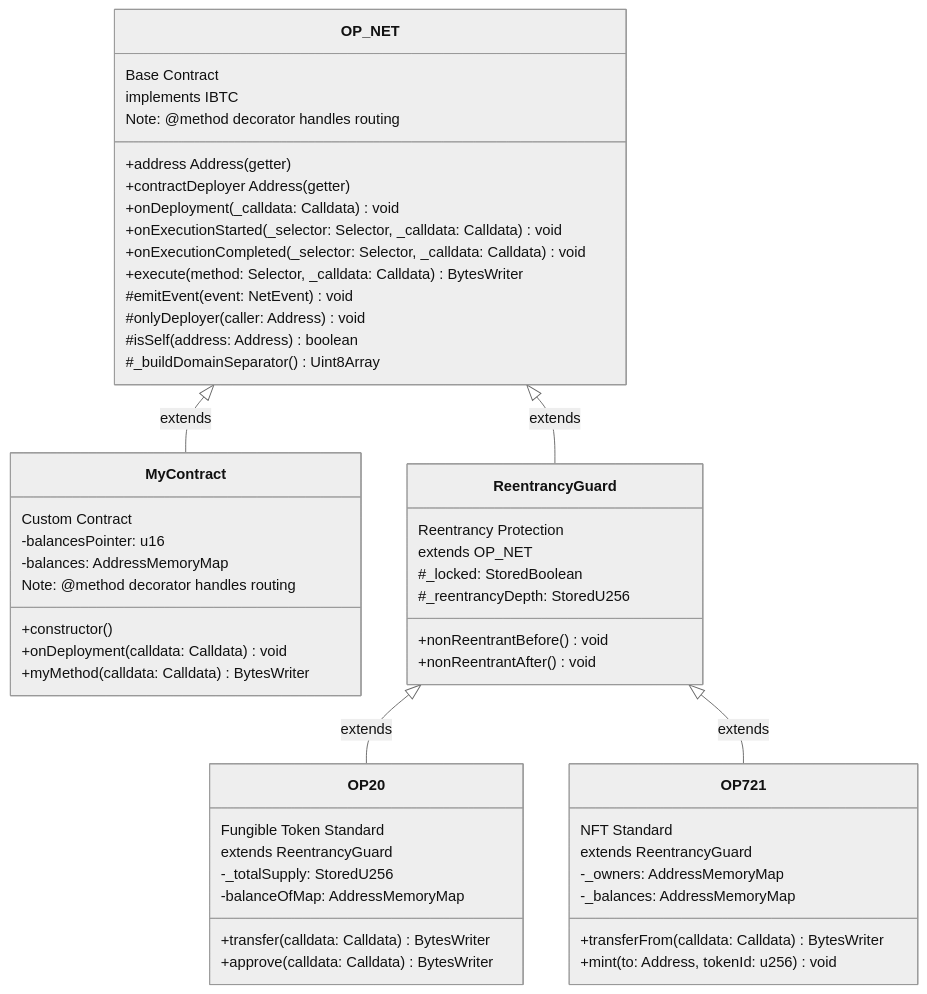
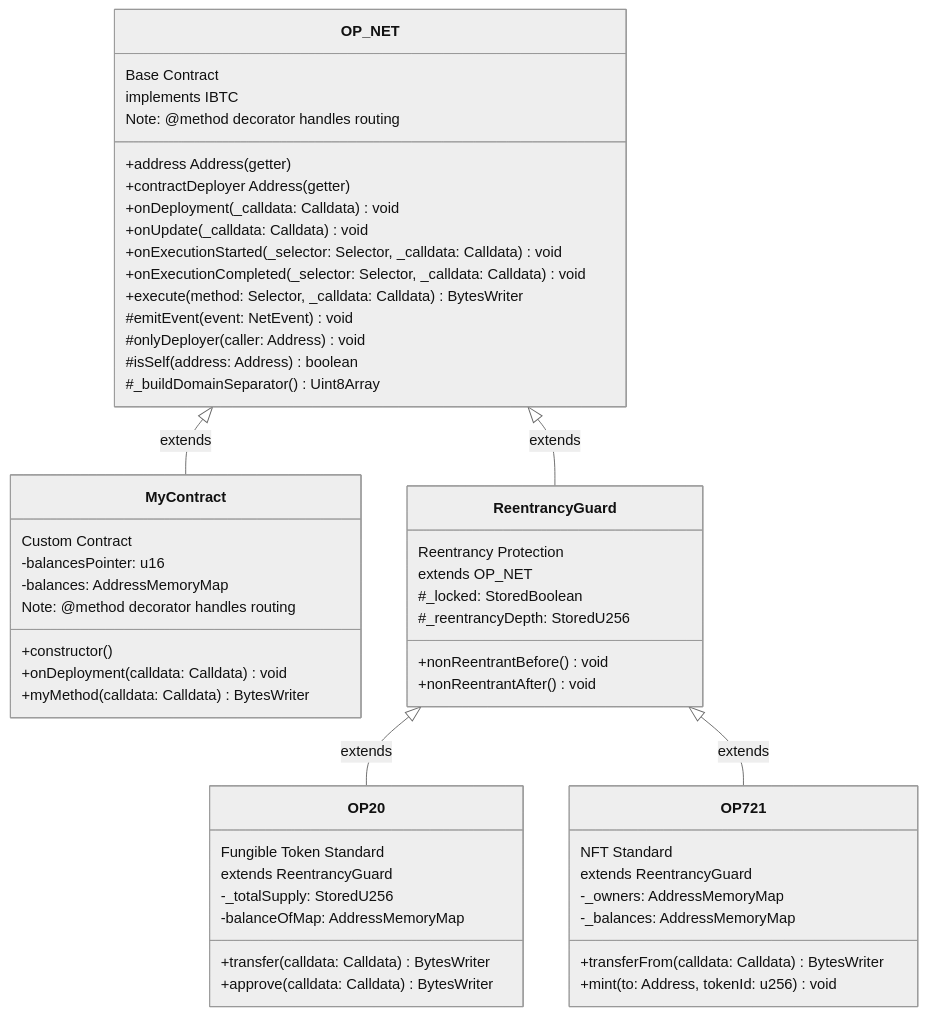
One commit to btc-vision/btc-runtime changed the first of 3 diagrams in docs/contracts/op-net-base.md. Above: the diagram before and after it, drawn with Mermaid (neutral theme). The commit also changed other lines of this file and 20 other files, not shown here.

````diff
--- a/docs/contracts/op-net-base.md
+++ b/docs/contracts/op-net-base.md
@@ -57,60 +57,61 @@
 ```mermaid
 classDiagram
     class OP_NET {
         Base Contract
         implements IBTC
         +address Address (getter)
         +contractDeployer Address (getter)
         +onDeployment(_calldata: Calldata) void
+        +onUpdate(_calldata: Calldata) void
         +onExecutionStarted(_selector: Selector, _calldata: Calldata) void
         +onExecutionCompleted(_selector: Selector, _calldata: Calldata) void
         +execute(method: Selector, _calldata: Calldata) BytesWriter
         #emitEvent(event: NetEvent) void
         #onlyDeployer(caller: Address) void
         #isSelf(address: Address) boolean
         #_buildDomainSeparator() Uint8Array
         Note: @method decorator handles routing
     }
 
     class MyContract {
         Custom Contract
         -balancesPointer: u16
         -balances: AddressMemoryMap
         +constructor()
         +onDeployment(calldata: Calldata) void
         +myMethod(calldata: Calldata) BytesWriter
         Note: @method decorator handles routing
     }
 
     class ReentrancyGuard {
         Reentrancy Protection
         extends OP_NET
         #_locked: StoredBoolean
         #_reentrancyDepth: StoredU256
         +nonReentrantBefore() void
         +nonReentrantAfter() void
     }
 
     class OP20 {
         Fungible Token Standard
         extends ReentrancyGuard
         -_totalSupply: StoredU256
         -balanceOfMap: AddressMemoryMap
         +transfer(calldata: Calldata) BytesWriter
         +approve(calldata: Calldata) BytesWriter
     }
 
     class OP721 {
         NFT Standard
         extends ReentrancyGuard
         -_owners: AddressMemoryMap
         -_balances: AddressMemoryMap
         +transferFrom(calldata: Calldata) BytesWriter
         +mint(to: Address, tokenId: u256) void
     }
 
     OP_NET <|-- MyContract : extends
     OP_NET <|-- ReentrancyGuard : extends
     ReentrancyGuard <|-- OP20 : extends
     ReentrancyGuard <|-- OP721 : extends
 ```
````
